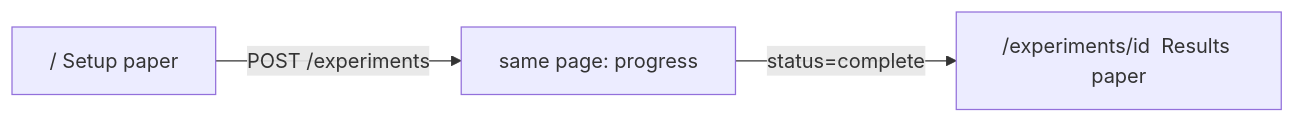
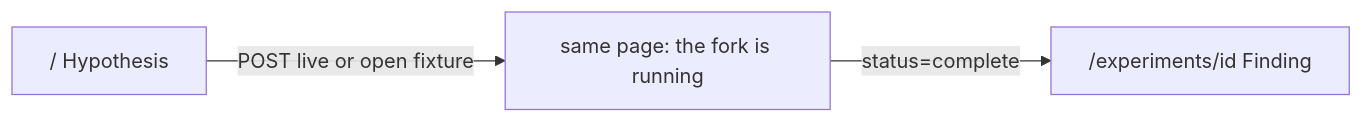
One commit to manu042k/CursorHackathon changed the fourth of 5 diagrams in architecture.md. Above: the diagram before and after it, drawn with Mermaid. The commit also changed other lines of this file and 1 other file, not shown here.

````diff
--- a/architecture.md
+++ b/architecture.md
@@ -549,5 +552,5 @@
 ```mermaid
 flowchart LR
-  Setup["/  Setup paper"] -->|POST /experiments| Progress["same page: progress"]
-  Progress -->|status=complete| Paper["/experiments/id  Results paper"]
+  Setup["/  Hypothesis"] -->|POST live or open fixture| Progress["same page: the fork is running"]
+  Progress -->|status=complete| Paper["/experiments/id  Finding"]
 ```
````
